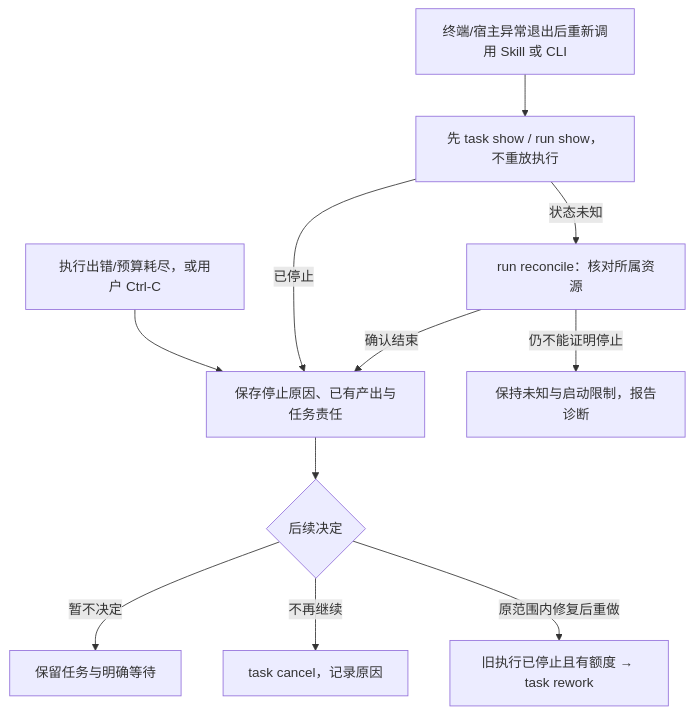
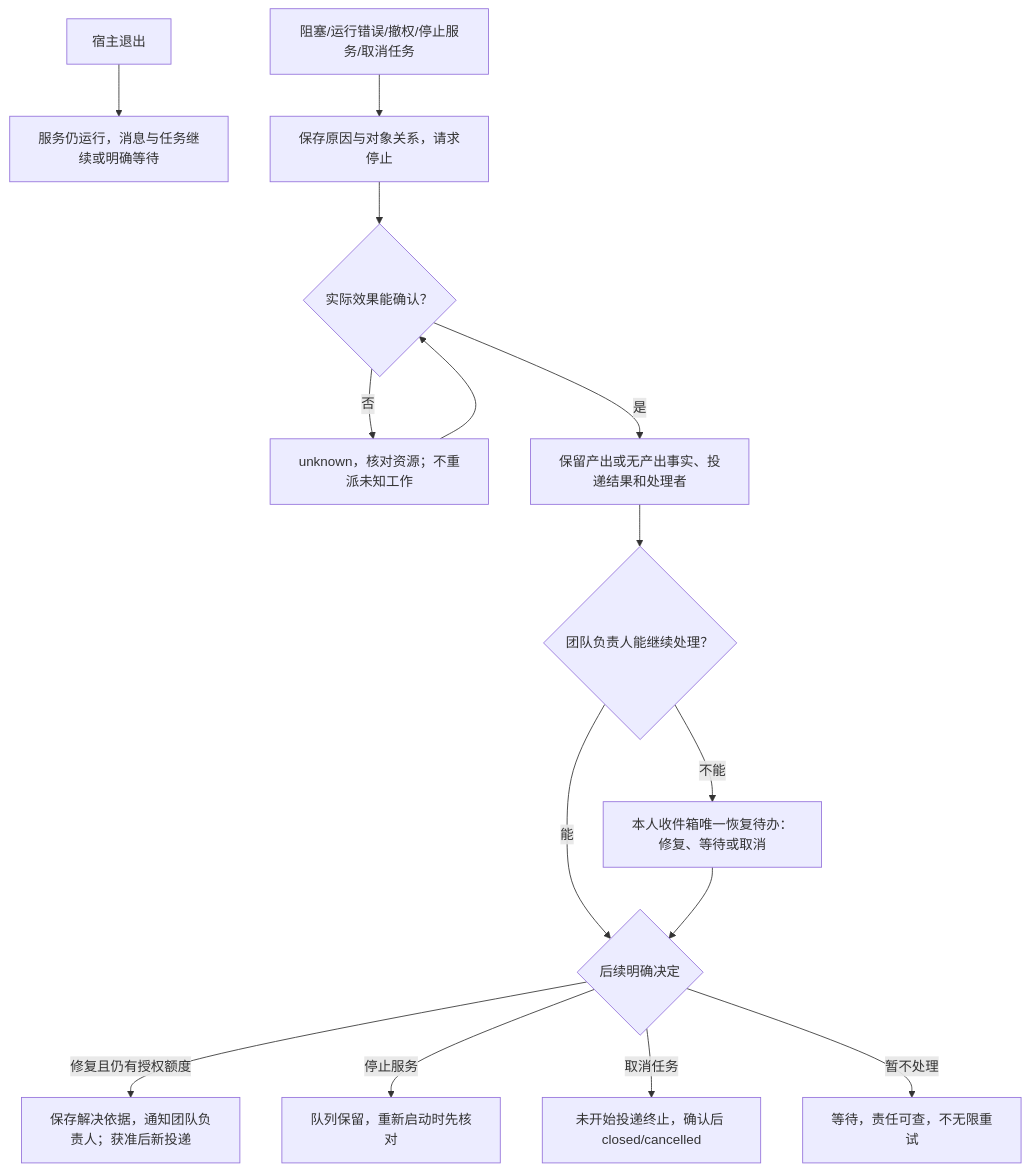
One commit to xforce-io/atelier changed the seventh of 7 diagrams in docs/design/1-first-team-delivery/product.md. Above: the diagram before and after it, drawn with Mermaid. The commit also changed other lines of this file and 97 other files, not shown here.

````diff
--- a/docs/design/1-first-team-delivery/product.md
+++ b/docs/design/1-first-team-delivery/product.md
@@ -201,13 +260,17 @@
 ```mermaid
 flowchart TD
-    A["执行出错/预算耗尽，或用户 Ctrl-C"] --> B["保存停止原因、已有产出与任务责任"]
-    C["终端/宿主异常退出后重新调用 Skill 或 CLI"] --> D["先 task show / run show，不重放执行"]
-    D -->|状态未知| E["run reconcile：核对所属资源"]
-    E -->|仍不能证明停止| F["保持未知与启动限制，报告诊断"]
-    E -->|确认结束| B
-    D -->|已停止| B
-    B --> G{"后续决定"}
-    G -->|原范围内修复后重做| H["旧执行已停止且有额度 → task rework"]
-    G -->|不再继续| I["task cancel，记录原因"]
-    G -->|暂不决定| J["保留任务与明确等待"]
+    A[宿主退出] --> B[服务仍运行，消息与任务继续或明确等待]
+    C[阻塞/运行错误/撤权/停止服务/取消任务] --> D[保存原因与对象关系，请求停止]
+    D --> E{实际效果能确认？}
+    E -->|否| F[unknown，核对资源；不重派未知工作]
+    F --> E
+    E -->|是| G[保留产出或无产出事实、投递结果和处理者]
+    G --> N{团队负责人能继续处理？}
+    N -->|不能| M[本人收件箱唯一恢复待办：修复、等待或取消]
+    N -->|能| H{后续明确决定}
+    M --> H
+    H -->|修复且仍有授权额度| I[保存解决依据，通知团队负责人；获准后新投递]
+    H -->|停止服务| J[队列保留，重新启动时先核对]
+    H -->|取消任务| K[未开始投递终止，确认后 closed/cancelled]
+    H -->|暂不处理| L[等待，责任可查，不无限重试]
 ```
````
